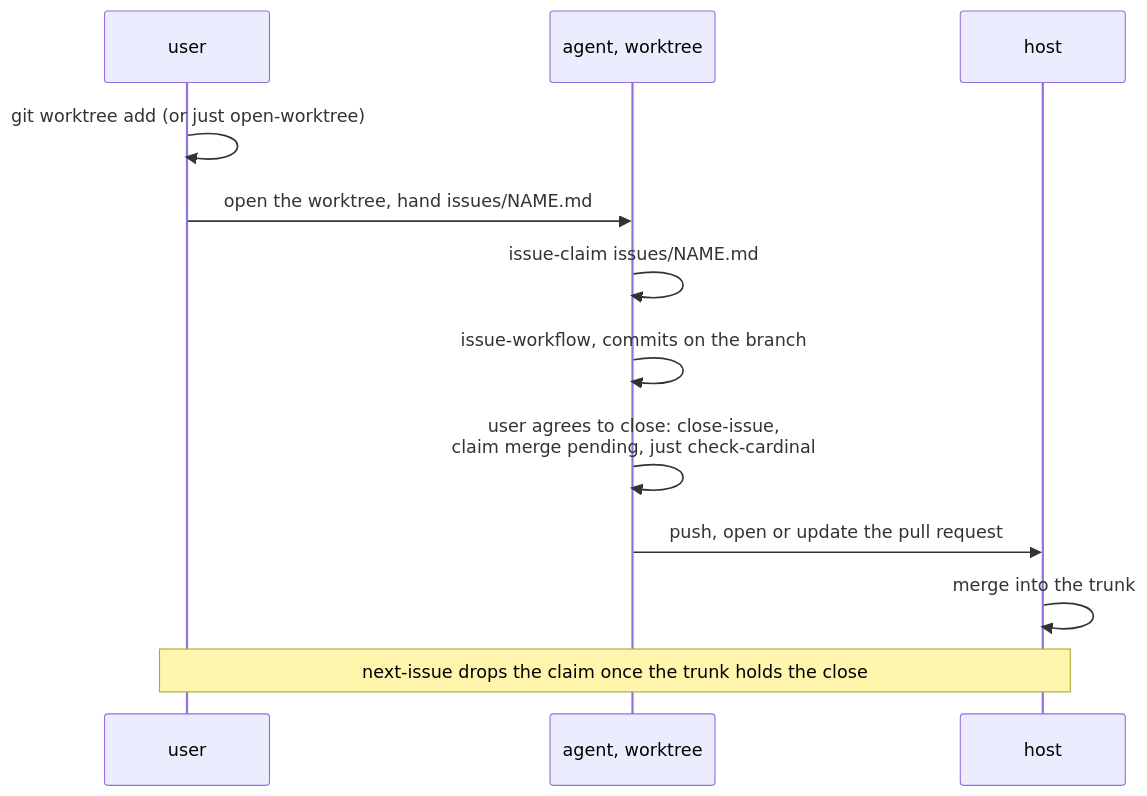
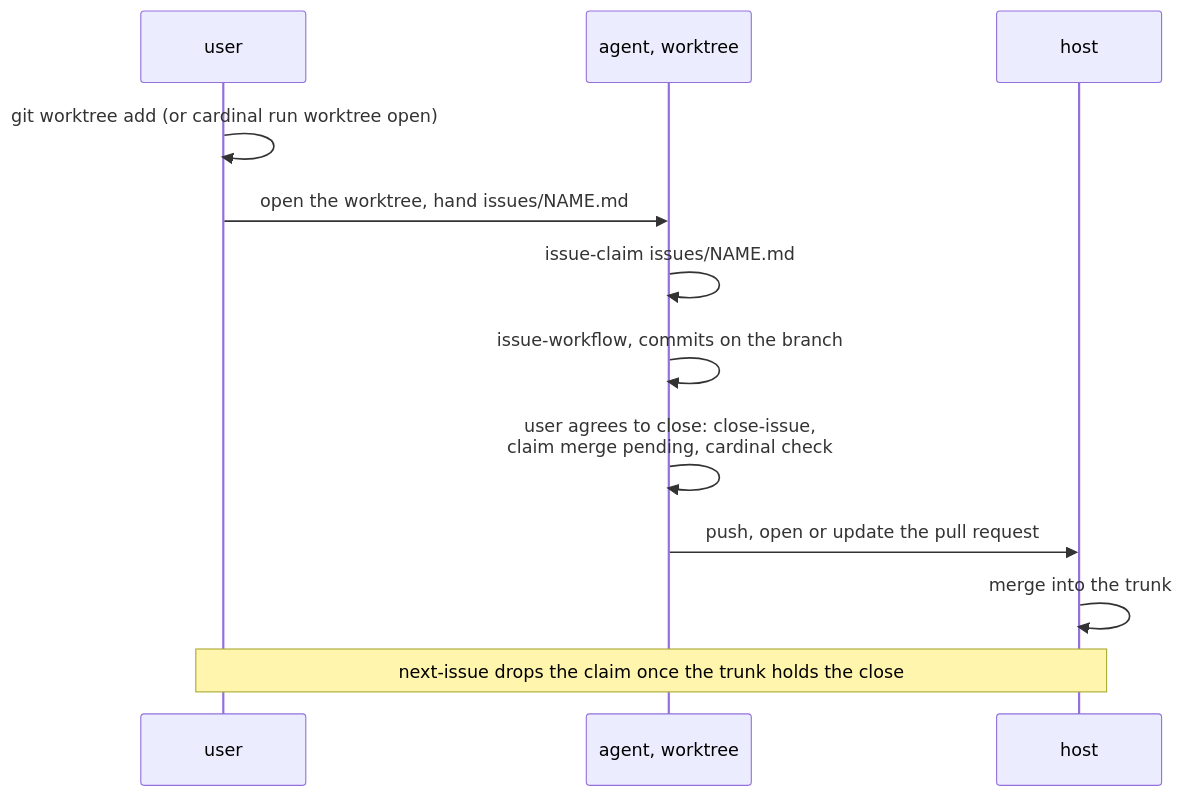
The third of 3 diagrams in docs/workflow.md (Electron-libre/cardinal), drawn with Mermaid before and after one commit. The commit also changed other lines of this file and 11 other files, not shown here.

First line of the commit message:
docs: name cardinal run in the docs, just optional

````diff
--- a/docs/workflow.md
+++ b/docs/workflow.md
@@ -91,14 +91,14 @@
 ```mermaid
 sequenceDiagram
   participant U as user
   participant W as agent, worktree
   participant H as host
-  U->>U: git worktree add (or just open-worktree)
+  U->>U: git worktree add (or cardinal run worktree open)
   U->>W: open the worktree, hand issues/NAME.md
   W->>W: issue-claim issues/NAME.md
   W->>W: issue-workflow, commits on the branch
-  W->>W: user agrees to close: close-issue,<br/>claim merge pending, just check-cardinal
+  W->>W: user agrees to close: close-issue,<br/>claim merge pending, cardinal check
   W->>H: push, open or update the pull request
   H->>H: merge into the trunk
   Note over U,H: next-issue drops the claim once the trunk holds the close
 ```
````
